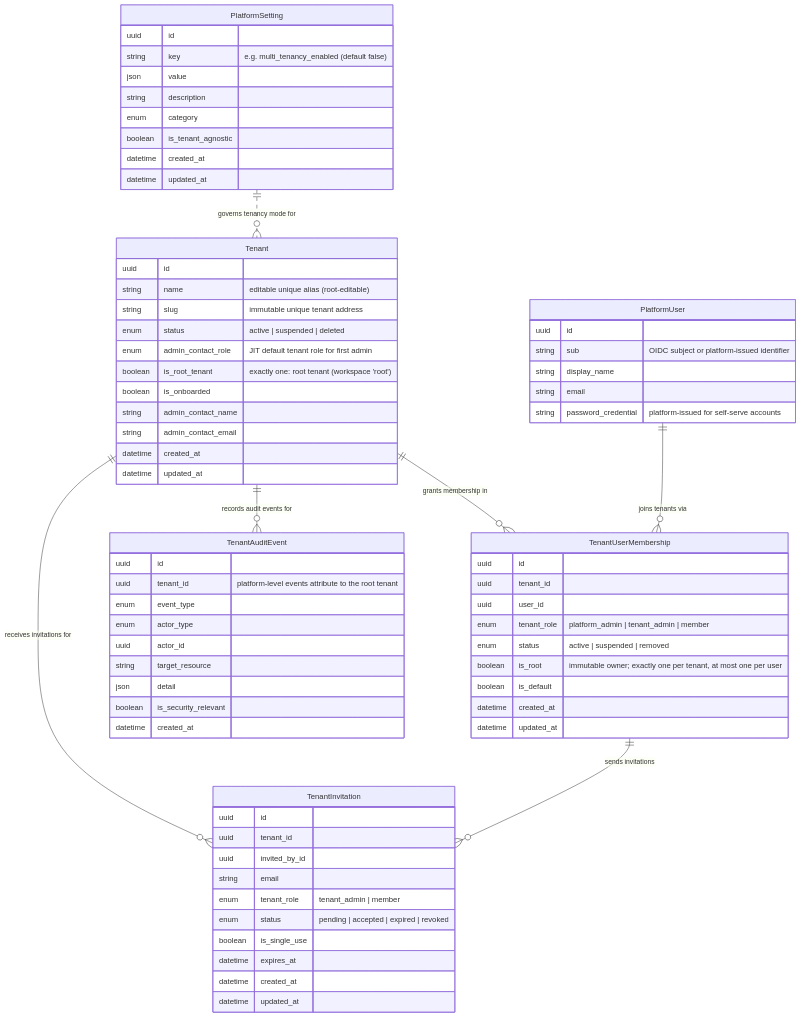
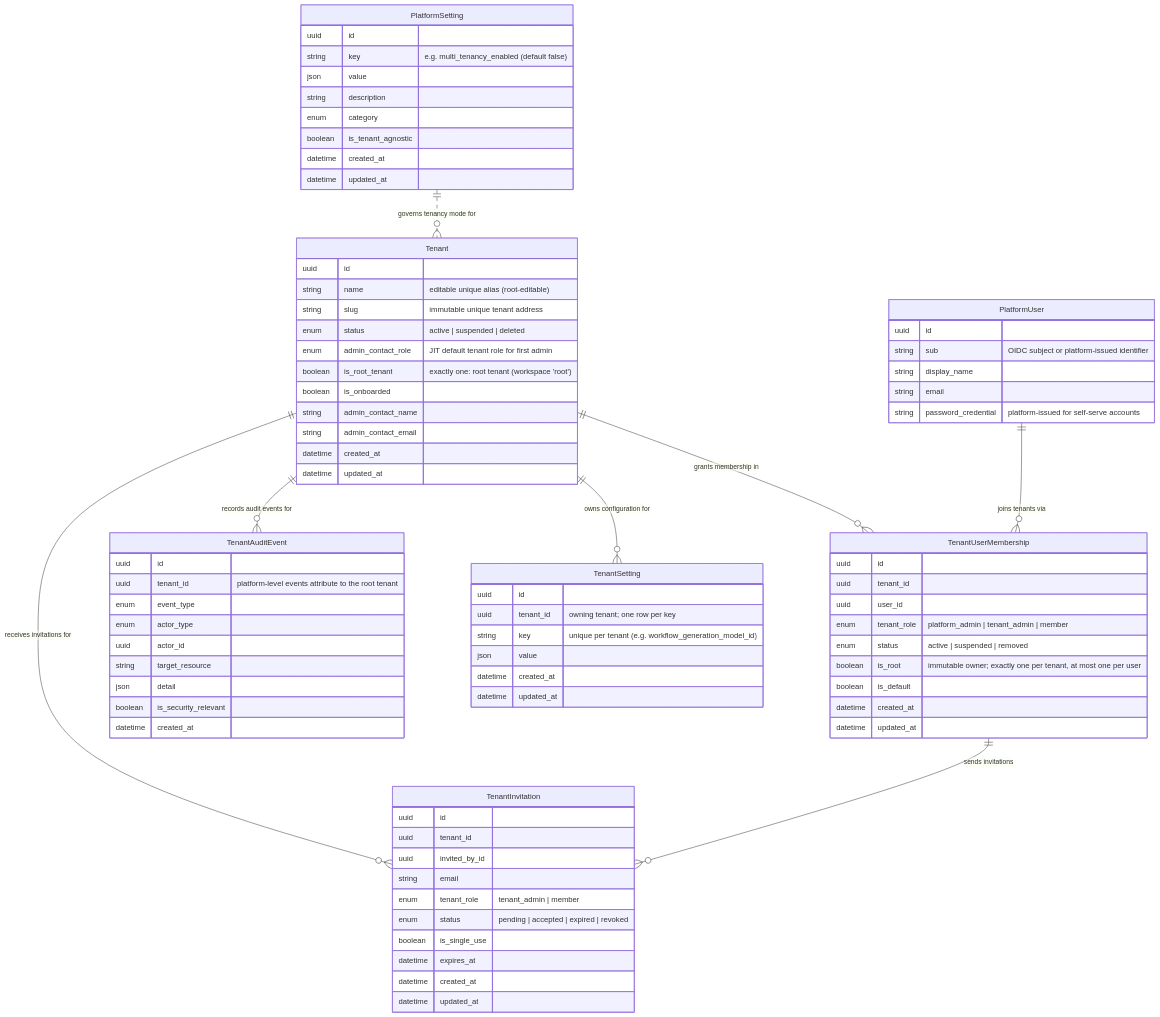
Before and after one commit to hurungang/parthenon: the diagram in docs/master/data-model/modules/tenancy/entities.md, drawn with Mermaid. The commit also changed other lines of this file and 269 other files, not shown here.

````diff
--- a/docs/master/data-model/modules/tenancy/entities.md
+++ b/docs/master/data-model/modules/tenancy/entities.md
@@ -70,11 +70,20 @@
         datetime created_at
         datetime updated_at
     }
+    TenantSetting {
+        uuid id
+        uuid tenant_id "owning tenant; one row per key"
+        string key "unique per tenant (e.g. workflow_generation_model_id)"
+        json value
+        datetime created_at
+        datetime updated_at
+    }
 
     Tenant ||--o{ TenantUserMembership : "grants membership in"
     PlatformUser ||--o{ TenantUserMembership : "joins tenants via"
     Tenant ||--o{ TenantInvitation : "receives invitations for"
     TenantUserMembership ||--o{ TenantInvitation : "sends invitations"
     Tenant ||--o{ TenantAuditEvent : "records audit events for"
+    Tenant ||--o{ TenantSetting : "owns configuration for"
     PlatformSetting ||..o{ Tenant : "governs tenancy mode for"
 ```
````
